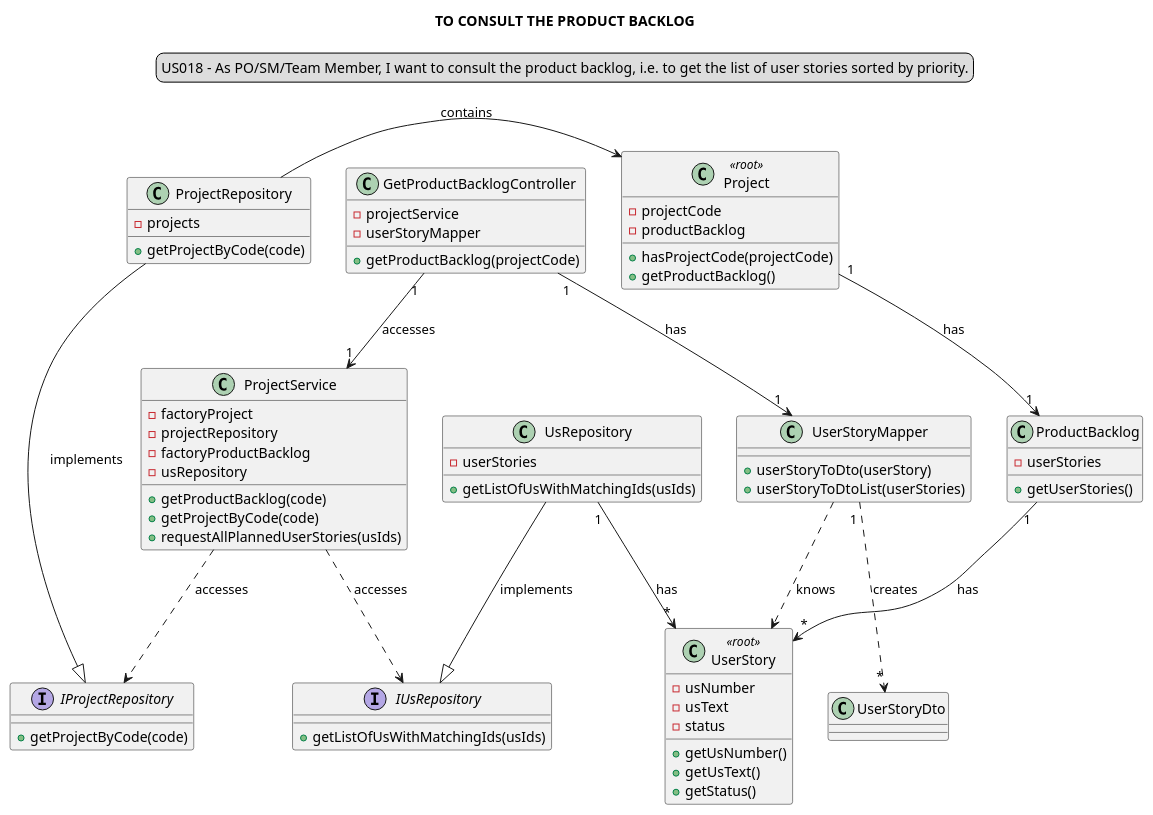
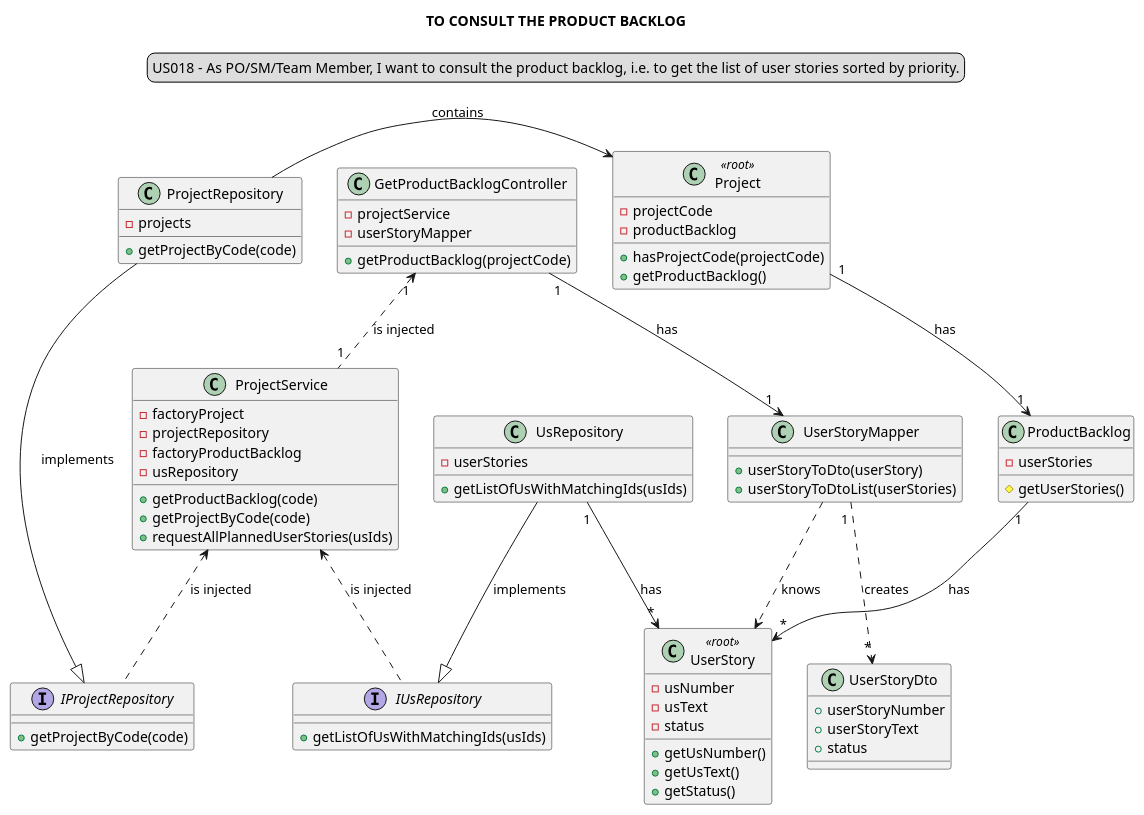
Before and after one commit to Loracline/project_switch_22-23: the diagram in docs/modelling_design/user_stories/sprint03/us018/US018_ClassDiagram_ddd.puml, drawn with PlantUML. The commit also changed 1 other file, not shown here.

Commit message:
No US : update general ClassDiagram_ddd , addresses #216

```diff
--- a/docs/modelling_design/user_stories/sprint03/us018/US018_ClassDiagram_ddd.puml
+++ b/docs/modelling_design/user_stories/sprint03/us018/US018_ClassDiagram_ddd.puml
@@ -1,87 +1,93 @@
 @startuml
 'https://plantuml.com/class-diagram'
 
 title TO CONSULT THE PRODUCT BACKLOG
 skinparam sequenceMessageAlign center
 legend top
 US018 - As PO/SM/Team Member, I want to consult the product backlog, i.e. to get the list of user stories sorted by priority.
 end legend
 
 class "GetProductBacklogController" {
 -projectService
 -userStoryMapper
 +getProductBacklog(projectCode)
 }
 
 class "ProjectService"{
 -factoryProject
 -projectRepository
 -factoryProductBacklog
 -usRepository
 +getProductBacklog(code)
 +getProjectByCode(code)
 +requestAllPlannedUserStories(usIds)
 }
 
 
 class "Project" <<root>>{
 -projectCode
 -productBacklog
 +hasProjectCode(projectCode)
 +getProductBacklog()
 }
 
 class "ProductBacklog"{
 -userStories
-+getUserStories()
+#getUserStories()
 }
 
 
 
 class "UsRepository"{
 -userStories
 +getListOfUsWithMatchingIds(usIds)
 }
 
 class "UserStoryMapper"{
 +userStoryToDto(userStory)
 +userStoryToDtoList(userStories)
 }
 
 class "UserStory" <<root>>{
 -usNumber
 -usText
 -status
 +getUsNumber()
 +getUsText()
 +getStatus()
 }
 
 interface "IProjectRepository" {
 +getProjectByCode(code)
 }
 
 interface "IUsRepository" {
 +getListOfUsWithMatchingIds(usIds)
 }
 
 class ProjectRepository{
 -projects
 +getProjectByCode(code)
 }
 
-"GetProductBacklogController" "1"-->"1" "ProjectService": accesses
+class "UserStoryDto"{
++userStoryNumber
++userStoryText
++status
+}
+
+"GetProductBacklogController" "1"<.."1" "ProjectService":  is injected
 
 "Project" "1"-->"1" "ProductBacklog": has
 "ProductBacklog" "1"-->"*" "UserStory": has
 "ProjectRepository" -> "Project" : contains
 
 "UsRepository" "1"->"*" "UserStory": has
 "GetProductBacklogController" "1"-->"1" "UserStoryMapper" : has
 "UserStoryMapper" "1 "..> "*" "UserStoryDto" : creates
 "UserStoryMapper" ..> "UserStory" : knows
 "ProjectRepository" --|> "IProjectRepository" : implements
-"ProjectService" ..> "IProjectRepository" : accesses
-"ProjectService" ..> "IUsRepository" : accesses
+"ProjectService" <.. "IProjectRepository" : is injected
+"ProjectService" <.. "IUsRepository" : is injected
 "UsRepository" --|> "IUsRepository" :implements
 @enduml
```
